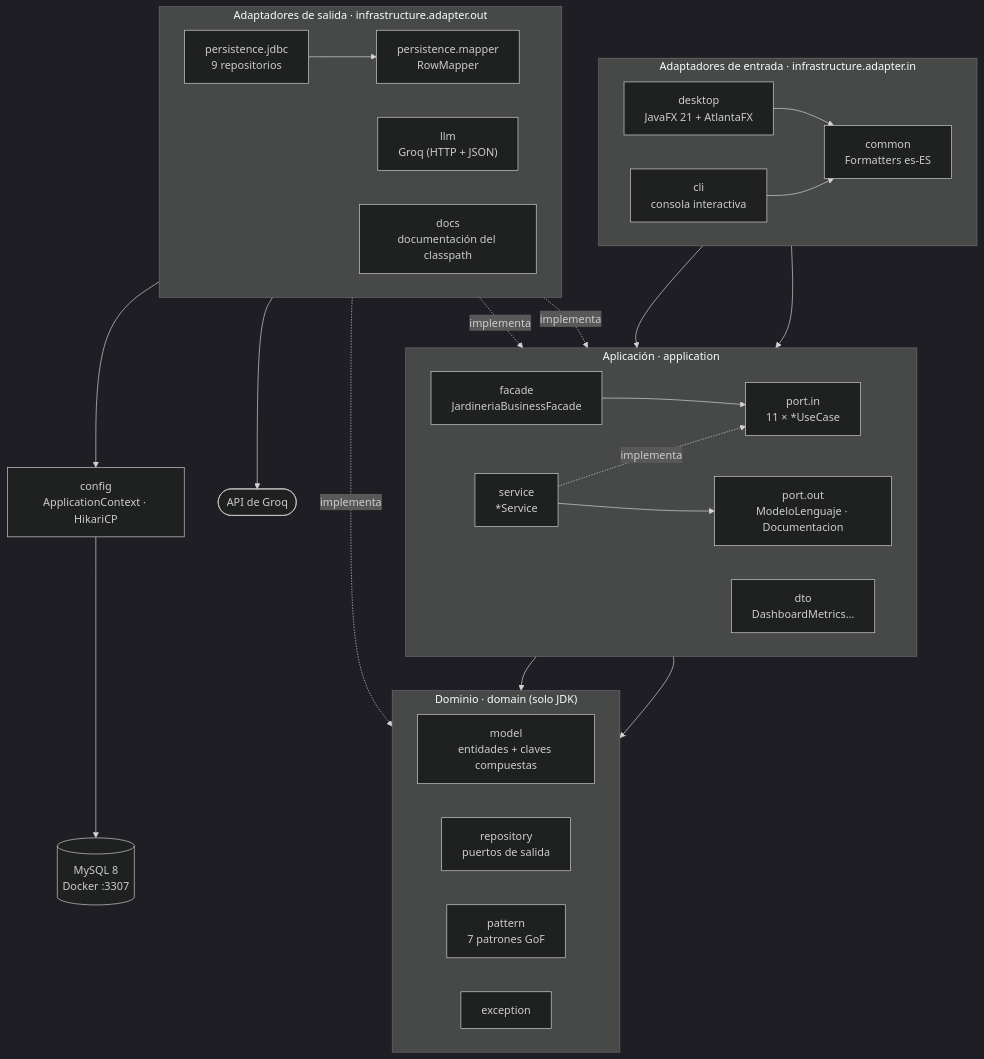
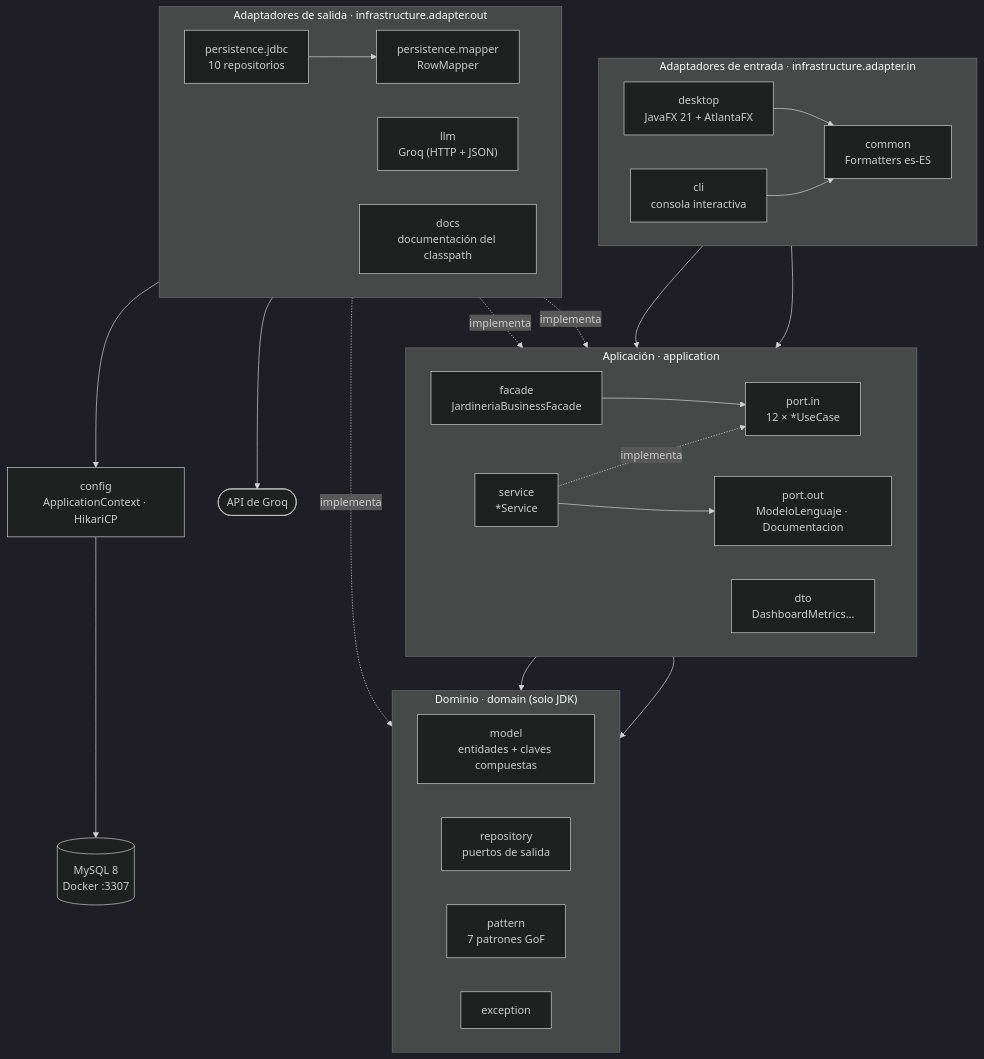
Before and after one commit to DEIMER-PY/gestion-db-jardineria: the first of 5 diagrams in docs/ARQUITECTURA.md, drawn with Mermaid (dark theme). The commit also changed other lines of this file and 8 other files, not shown here.

````diff
--- a/docs/ARQUITECTURA.md
+++ b/docs/ARQUITECTURA.md
@@ -7,50 +7,50 @@
 ```mermaid
 flowchart TB
     subgraph IN["Adaptadores de entrada · infrastructure.adapter.in"]
         direction LR
         GUI["desktop<br/>JavaFX 21 + AtlantaFX"]
         CLI["cli<br/>consola interactiva"]
         COMMON["common<br/>Formatters es-ES"]
     end
     subgraph APP["Aplicación · application"]
         direction LR
-        PIN["port.in<br/>11 × *UseCase"]
+        PIN["port.in<br/>12 × *UseCase"]
         POUT["port.out<br/>ModeloLenguaje · Documentacion"]
         SVC["service<br/>*Service"]
         FAC["facade<br/>JardineriaBusinessFacade"]
         DTO["dto<br/>DashboardMetrics…"]
     end
     subgraph DOM["Dominio · domain (solo JDK)"]
         direction LR
         MOD["model<br/>entidades + claves compuestas"]
         REPO["repository<br/>puertos de salida"]
         PAT["pattern<br/>7 patrones GoF"]
         EXC["exception"]
     end
     subgraph OUT["Adaptadores de salida · infrastructure.adapter.out"]
         direction LR
-        JDBC["persistence.jdbc<br/>9 repositorios"]
+        JDBC["persistence.jdbc<br/>10 repositorios"]
         MAP["persistence.mapper<br/>RowMapper"]
         LLM["llm<br/>Groq (HTTP + JSON)"]
         DOCS["docs<br/>documentación del classpath"]
     end
     GROQ(["API de Groq"])
     CFG["config<br/>ApplicationContext · HikariCP"]
     DB[("MySQL 8<br/>Docker :3307")]
 
     GUI --> PIN
     CLI --> PIN
     GUI --> COMMON
     CLI --> COMMON
     SVC -. implementa .-> PIN
     FAC --> PIN
     SVC --> REPO
     SVC --> MOD
     JDBC -. implementa .-> REPO
     JDBC --> MAP
     JDBC --> CFG --> DB
     SVC --> POUT
     LLM -. implementa .-> POUT
     DOCS -. implementa .-> POUT
     LLM --> GROQ
 ```
````
